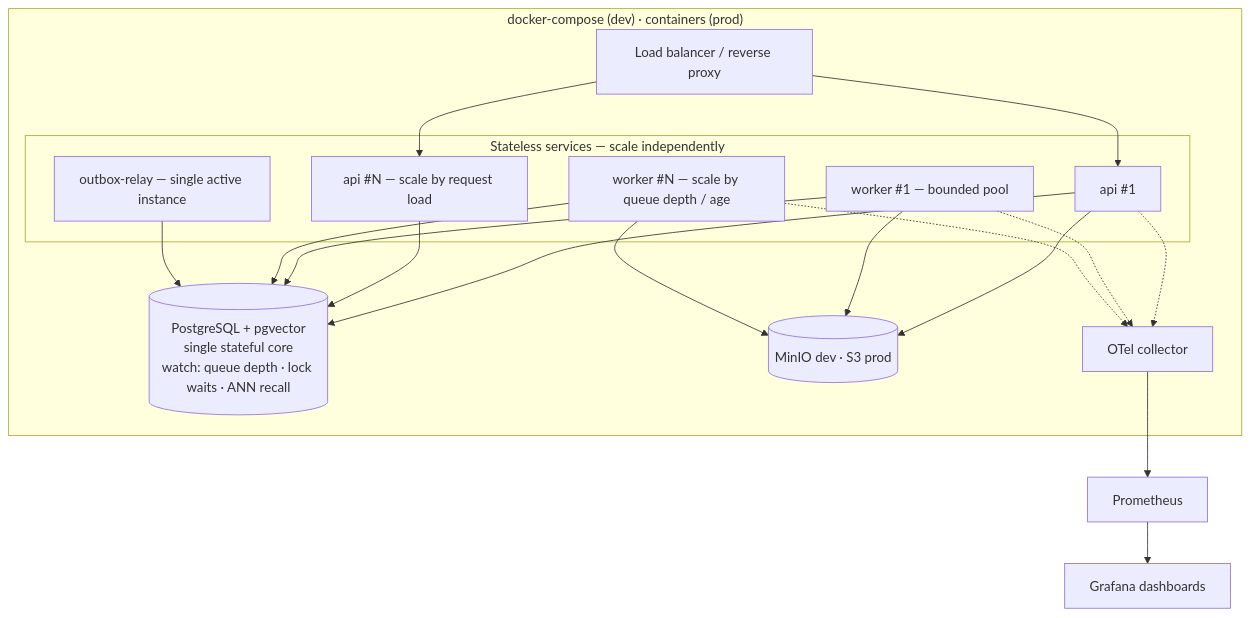
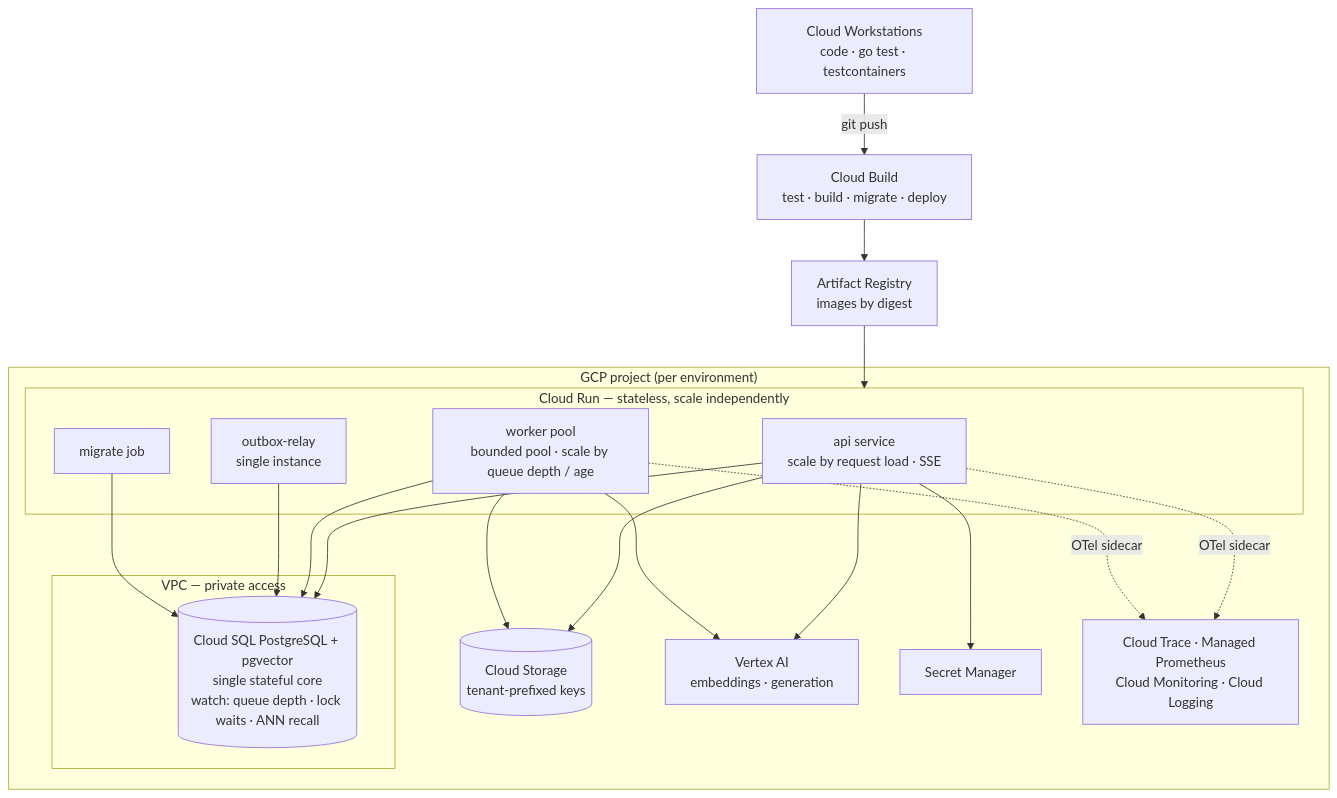
The seventh of 8 diagrams in docs/diagrams/architecture.md (kavish924/multi-tenant-rag), drawn with Mermaid before and after one commit. The commit also changed other lines of this file and 30 other files, not shown here.

````diff
--- a/docs/diagrams/architecture.md
+++ b/docs/diagrams/architecture.md
@@ -210,35 +212,36 @@
 ```mermaid
 flowchart TB
-    subgraph infra["docker-compose (dev) · containers (prod)"]
-        LB["Load balancer / reverse proxy"]
+    DEV["Cloud Workstations<br/>code · go test · testcontainers"] -->|git push| CB["Cloud Build<br/>test · build · migrate · deploy"]
+    CB --> AR["Artifact Registry<br/>images by digest"]
 
-        subgraph services["Stateless services — scale independently"]
-            API1["api #1"]
-            APIN["api #N — scale by request load"]
-            W1["worker #1 — bounded pool"]
-            WN["worker #N — scale by queue depth / age"]
-            RELAY["outbox-relay — single active instance"]
+    subgraph project["GCP project (per environment)"]
+        subgraph run["Cloud Run — stateless, scale independently"]
+            API["api service<br/>scale by request load · SSE"]
+            W["worker pool<br/>bounded pool · scale by queue depth / age"]
+            RELAY["outbox-relay<br/>single instance"]
+            MIG["migrate job"]
         end
 
-        PG[("PostgreSQL + pgvector<br/>single stateful core<br/>watch: queue depth · lock waits · ANN recall")]
-        MINIO[("MinIO dev · S3 prod")]
-        OTC["OTel collector"]
+        subgraph vpc["VPC — private access"]
+            PG[("Cloud SQL PostgreSQL + pgvector<br/>single stateful core<br/>watch: queue depth · lock waits · ANN recall")]
+        end
+
+        GCS[("Cloud Storage<br/>tenant-prefixed keys")]
+        VX["Vertex AI<br/>embeddings · generation"]
+        SM["Secret Manager"]
+        OBS["Cloud Trace · Managed Prometheus<br/>Cloud Monitoring · Cloud Logging"]
     end
 
-    PROM["Prometheus"] --> GRAF["Grafana dashboards"]
-
-    LB --> API1
-    LB --> APIN
-    API1 --> PG
-    APIN --> PG
-    API1 --> MINIO
-    W1 --> PG
-    WN --> PG
-    W1 --> MINIO
-    WN --> MINIO
+    AR --> run
+    API --> PG
+    W --> PG
     RELAY --> PG
-    API1 -.-> OTC
-    W1 -.-> OTC
-    WN -.-> OTC
-    OTC --> PROM
+    MIG --> PG
+    API --> GCS
+    W --> GCS
+    API --> VX
+    W --> VX
+    API --> SM
+    API -.->|OTel sidecar| OBS
+    W -.->|OTel sidecar| OBS
 ```
````
